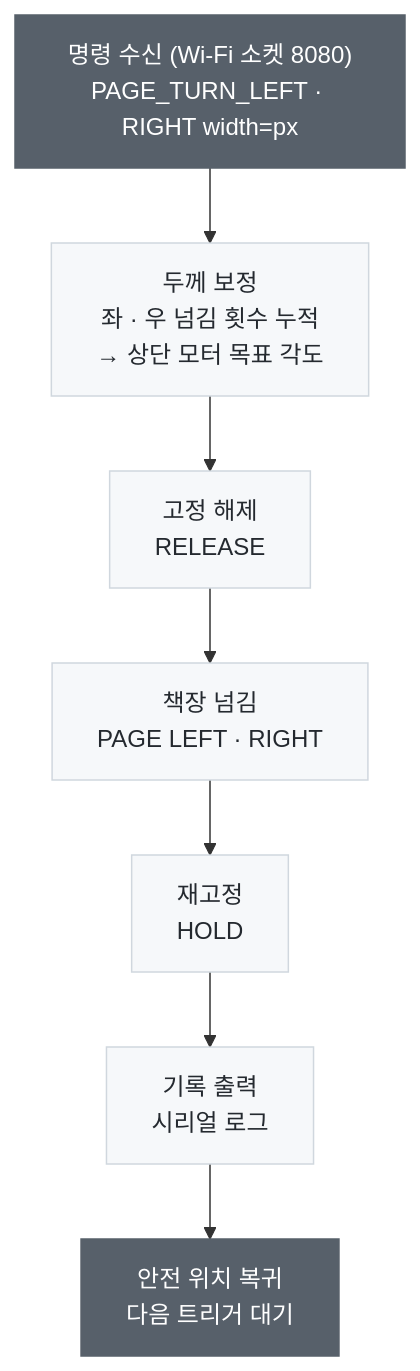
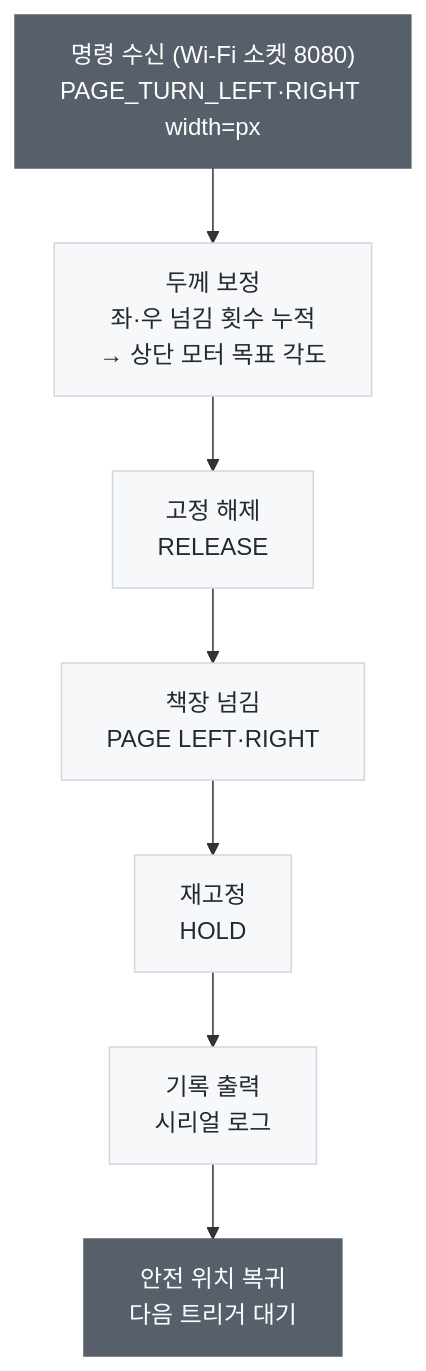
Before and after one commit to YOOBIN-AN/gaze-page-turner: the first of 3 diagrams in page-actuator/README.md, drawn with Mermaid. The commit also changed other lines of this file and 3 other files, not shown here.

````diff
--- a/page-actuator/README.md
+++ b/page-actuator/README.md
@@ -91,14 +91,14 @@
 ```mermaid
 flowchart TD
-    T["명령 수신 (Wi-Fi 소켓 8080)<br/>PAGE_TURN_LEFT · RIGHT width=px"] --> C["두께 보정<br/>좌 · 우 넘김 횟수 누적<br/>→ 상단 모터 목표 각도"]
+    T["명령 수신 (Wi-Fi 소켓 8080)<br/>PAGE_TURN_LEFT·RIGHT width=px"] --> C["두께 보정<br/>좌·우 넘김 횟수 누적<br/>→ 상단 모터 목표 각도"]
     C --> R["고정 해제<br/>RELEASE"]
-    R --> P["책장 넘김<br/>PAGE LEFT · RIGHT"]
+    R --> P["책장 넘김<br/>PAGE LEFT·RIGHT"]
     P --> H["재고정<br/>HOLD"]
     H --> L["기록 출력<br/>시리얼 로그"]
     L --> W["안전 위치 복귀<br/>다음 트리거 대기"]
 
     classDef io fill:#57606a,stroke:#57606a,color:#fff
     classDef step fill:#f6f8fa,stroke:#d0d7de,color:#24292f
     class T,W io
     class C,R,P,H,L step
 ```
````
